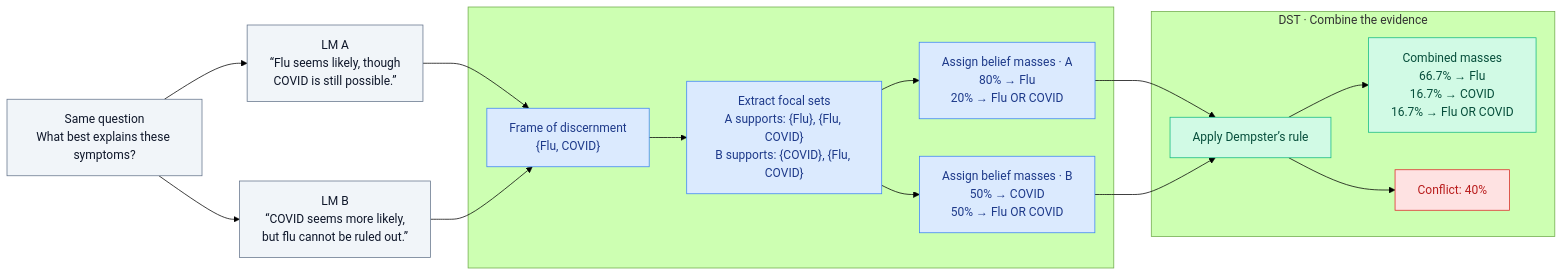
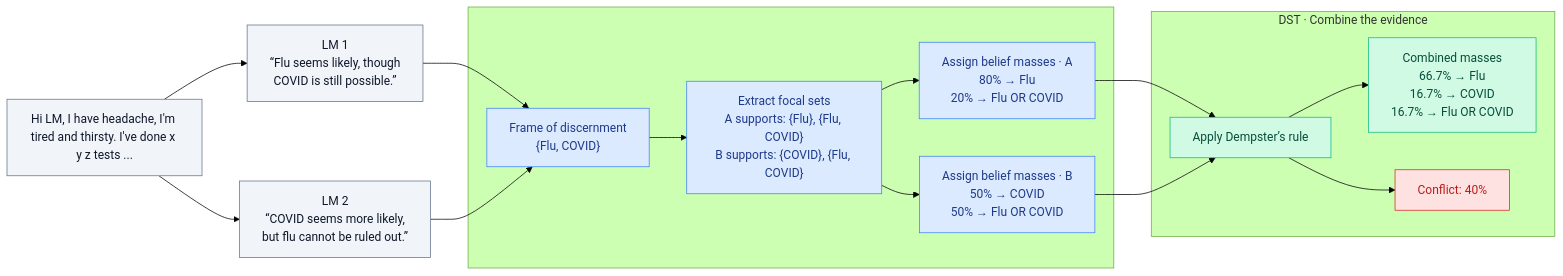
The first of 2 diagrams in docs/How it works.md (Murdock135/research-concerted_abduction_llm), drawn with Mermaid (forest theme) before and after one commit. The commit also changed other lines of this file and 3 other files, not shown here.

Commit message:
Refined diagram and made doc simpler

````diff
--- a/docs/How it works.md
+++ b/docs/How it works.md
@@ -9,46 +4,46 @@
 ```mermaid
 flowchart LR
-    Q["Same question<br/>What best explains these symptoms?"]
+    Q["Hi LM, I have headache, I'm tired and thirsty. I've done x y z tests ..."]
 
-    A["LM A<br/>“Flu seems likely, though<br/>COVID is still possible.”"]
-    B["LM B<br/>“COVID seems more likely,<br/>but flu cannot be ruled out.”"]
+    A["LM 1<br/>“Flu seems likely, though<br/>COVID is still possible.”"]
+    B["LM 2<br/>“COVID seems more likely,<br/>but flu cannot be ruled out.”"]
 
     Q --> A
     Q --> B
 
     subgraph INTERPRET[" "]
         H["Frame of discernment<br/>{Flu, COVID}"]
         F["Extract focal sets<br/>A supports: {Flu}, {Flu, COVID}<br/>B supports: {COVID}, {Flu, COVID}"]
         MA["Assign belief masses · A<br/>80% → Flu<br/>20% → Flu OR COVID"]
         MB["Assign belief masses · B<br/>50% → COVID<br/>50% → Flu OR COVID"]
 
         H --> F
         F --> MA
         F --> MB
     end
 
     A --> H
     B --> H
 
     subgraph FUSE["DST · Combine the evidence"]
         C["Apply Dempster’s rule"]
         R["Combined masses<br/>66.7% → Flu<br/>16.7% → COVID<br/>16.7% → Flu OR COVID"]
         K["Conflict: 40%"]
         
         C --> R
         C --> K
     end
 
     MA --> C
     MB --> C
 
     classDef source fill:#F1F5F9,stroke:#64748B,color:#0F172A
     classDef llm fill:#DBEAFE,stroke:#3B82F6,color:#1E3A8A
     classDef dst fill:#D1FAE5,stroke:#10B981,color:#064E3B
     classDef conflict fill:#FEE2E2,stroke:#DC2626,color:#B91C1C
 
     class Q,A,B source
     class H,F,MA,MB llm
     class C,R dst
     class K conflict
 ```
````
